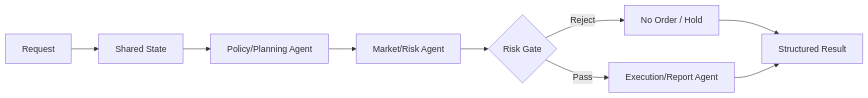
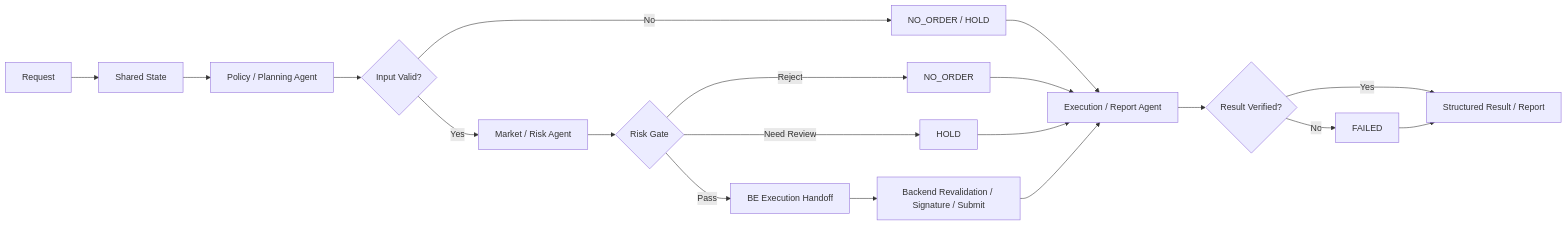
One commit to UpstageAI/sw-maestro-project changed the diagram in AI.md. Above: the diagram before and after it, drawn with Mermaid. The commit also changed other lines of this file and 3 other files, not shown here.

````diff
--- a/AI.md
+++ b/AI.md
@@ -19,11 +49,21 @@
 ```mermaid
 flowchart LR
     IN[Request] --> S[Shared State]
-    S --> P[Policy/Planning Agent]
-    P --> R[Market/Risk Agent]
+    S --> P[Policy / Planning Agent]
+    P --> V1{Input Valid?}
+    V1 -->|No| HOLD1[NO_ORDER / HOLD]
+    V1 -->|Yes| R[Market / Risk Agent]
     R --> G{Risk Gate}
-    G -->|Reject| H[No Order / Hold]
-    G -->|Pass| E[Execution/Report Agent]
-    H --> OUT[Structured Result]
-    E --> OUT
+    G -->|Reject| HOLD2[NO_ORDER]
+    G -->|Need Review| HOLD3[HOLD]
+    G -->|Pass| H[BE Execution Handoff]
+    H --> B[Backend Revalidation / Signature / Submit]
+    HOLD1 --> E[Execution / Report Agent]
+    HOLD2 --> E
+    HOLD3 --> E
+    B --> E[Execution / Report Agent]
+    E --> V2{Result Verified?}
+    V2 -->|No| FAIL[FAILED]
+    V2 -->|Yes| OUT[Structured Result / Report]
+    FAIL --> OUT
 ```
````
